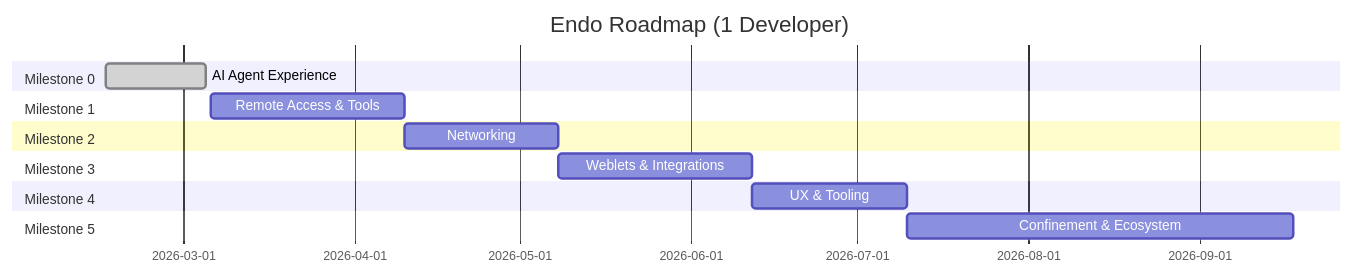
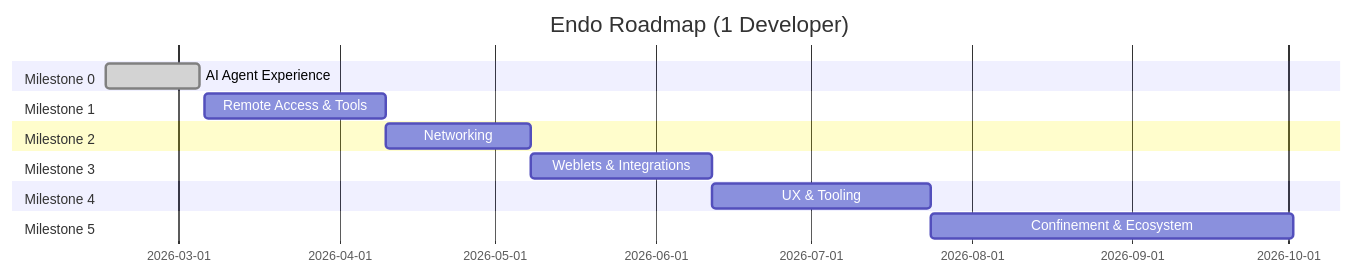
The second of 2 diagrams in designs/README.md (jbotson/endo-but-for-bots), drawn with Mermaid before and after one commit. The commit also changed other lines of this file and 7 other files, not shown here.

````diff
--- a/designs/README.md
+++ b/designs/README.md
@@ -422,23 +440,23 @@
 ```mermaid
 gantt
     title Endo Roadmap (1 Developer)
     dateFormat YYYY-MM-DD
 
     section Milestone 0
     AI Agent Experience           :done, m0, 2026-02-15, 2026-03-05
 
     section Milestone 1
     Remote Access & Tools         :m1, 2026-03-06, 5w
 
     section Milestone 2
     Networking                    :m2, after m1, 4w
 
     section Milestone 3
     Weblets & Integrations        :m3, after m2, 5w
 
     section Milestone 4
-    UX & Tooling                  :m4, after m3, 4w
+    UX & Tooling                  :m4, after m3, 6w
 
     section Milestone 5
     Confinement & Ecosystem       :m5, after m4, 10w
 ```
````
